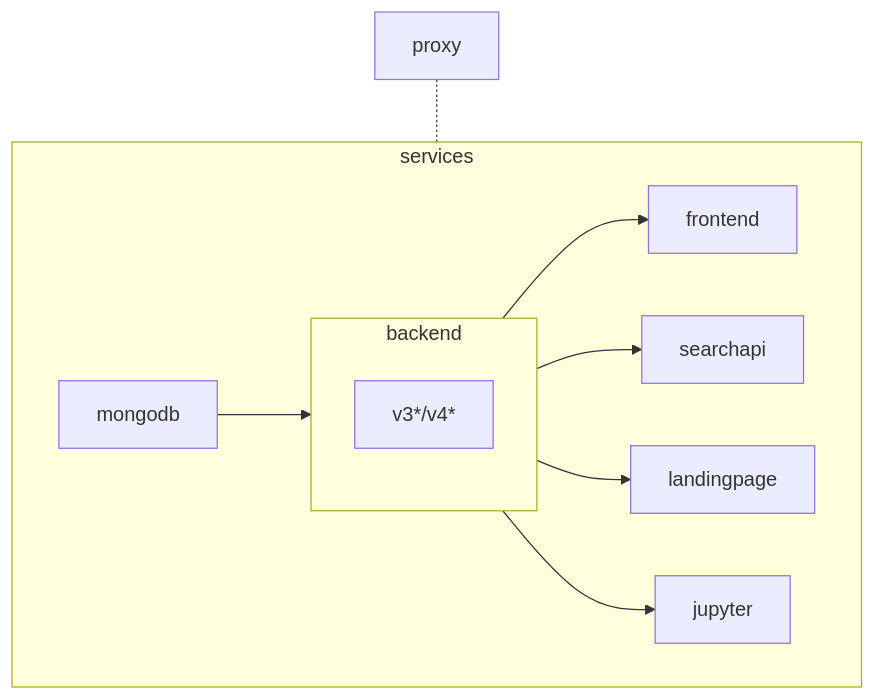
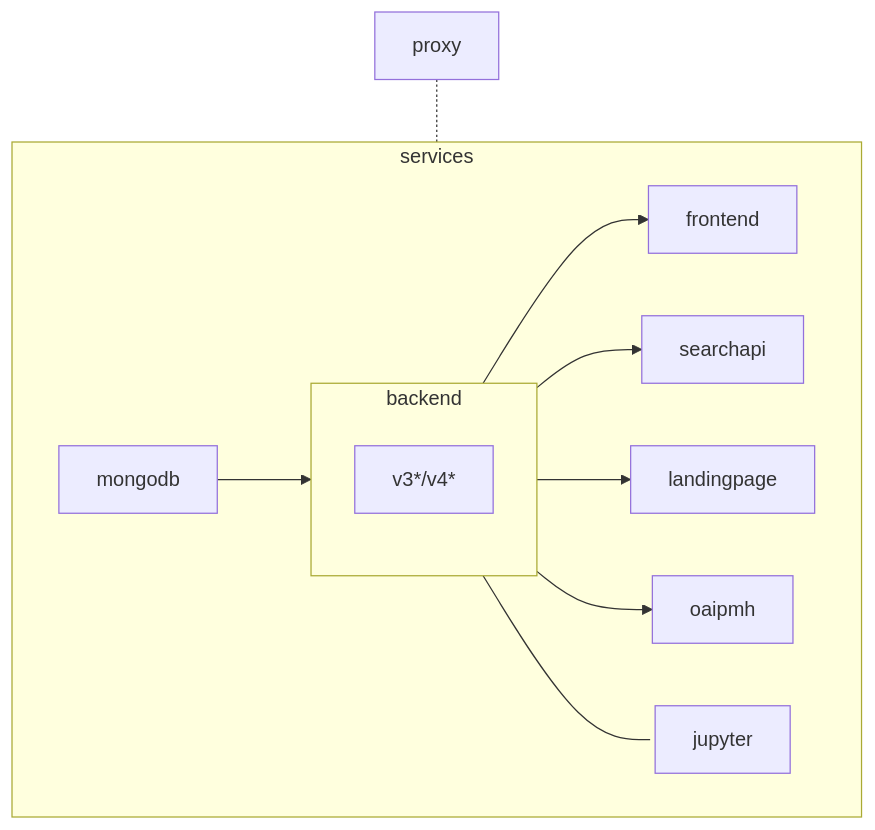
One commit to SciCatProject/scicatlive changed the diagram in README.md. Above: the diagram before and after it, drawn with Mermaid. The commit also changed other lines of this file and 15 other files, not shown here.

````diff
--- a/README.md
+++ b/README.md
@@ -79,18 +80,19 @@
 ```mermaid
 graph TD
    subgraph services
       subgraph backend
          backends[v3*/v4*]
       end
       mongodb --> backend
       backend --> frontend
       backend --> searchapi
       backend --> landingpage
+      backend --> oaipmh
       backend --> jupyter
    end
 
    proxy -.- services
    
    %% CSS Styling
    linkStyle 5 marker-end:none
 ```
````
